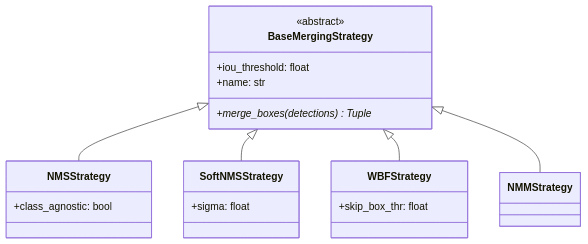
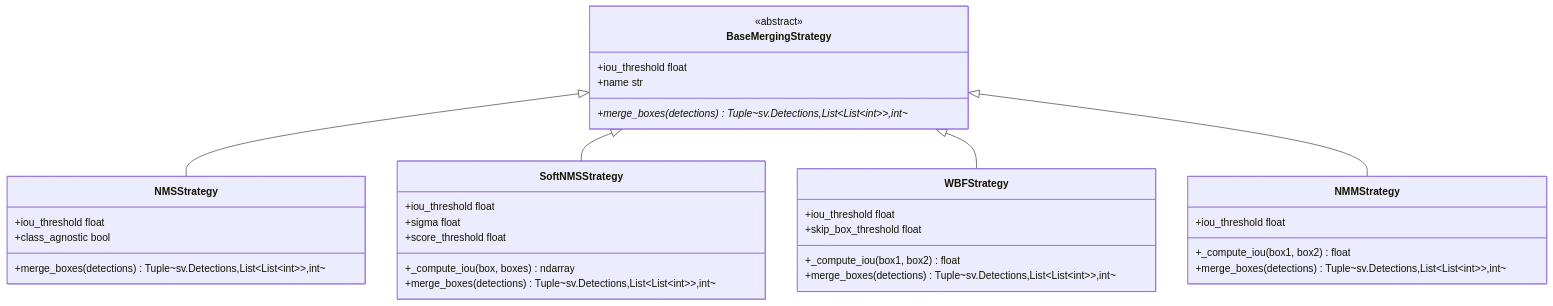
Before and after one commit to Black-Bee-Drones/nectar-sdk: the fifth of 5 diagrams in nectar/nectar/ai/detection/README.md, drawn with Mermaid. The commit also changed other lines of this file and 4 other files, not shown here.

Commit message:
docs: adjsutments in diagrams and docs

````diff
--- a/nectar/nectar/ai/detection/README.md
+++ b/nectar/nectar/ai/detection/README.md
@@ -411,28 +778,41 @@
 ```mermaid
 classDiagram
     class BaseMergingStrategy {
         <<abstract>>
-        +iou_threshold: float
-        +name: str
-        +merge_boxes(detections)* Tuple
+        +iou_threshold float
+        +name str
+        +merge_boxes(detections)* Tuple~sv.Detections,List~List~int~~,int~
     }
 
     class NMSStrategy {
-        +class_agnostic: bool
+        +iou_threshold float
+        +class_agnostic bool
+        +merge_boxes(detections) Tuple~sv.Detections,List~List~int~~,int~
     }
 
     class SoftNMSStrategy {
-        +sigma: float
+        +iou_threshold float
+        +sigma float
+        +score_threshold float
+        +_compute_iou(box, boxes) ndarray
+        +merge_boxes(detections) Tuple~sv.Detections,List~List~int~~,int~
     }
 
     class WBFStrategy {
-        +skip_box_thr: float
+        +iou_threshold float
+        +skip_box_threshold float
+        +_compute_iou(box1, box2) float
+        +merge_boxes(detections) Tuple~sv.Detections,List~List~int~~,int~
     }
 
-    class NMMStrategy
+    class NMMStrategy {
+        +iou_threshold float
+        +_compute_iou(box1, box2) float
+        +merge_boxes(detections) Tuple~sv.Detections,List~List~int~~,int~
+    }
 
     BaseMergingStrategy <|-- NMSStrategy
     BaseMergingStrategy <|-- SoftNMSStrategy
     BaseMergingStrategy <|-- WBFStrategy
     BaseMergingStrategy <|-- NMMStrategy
 ```
````
